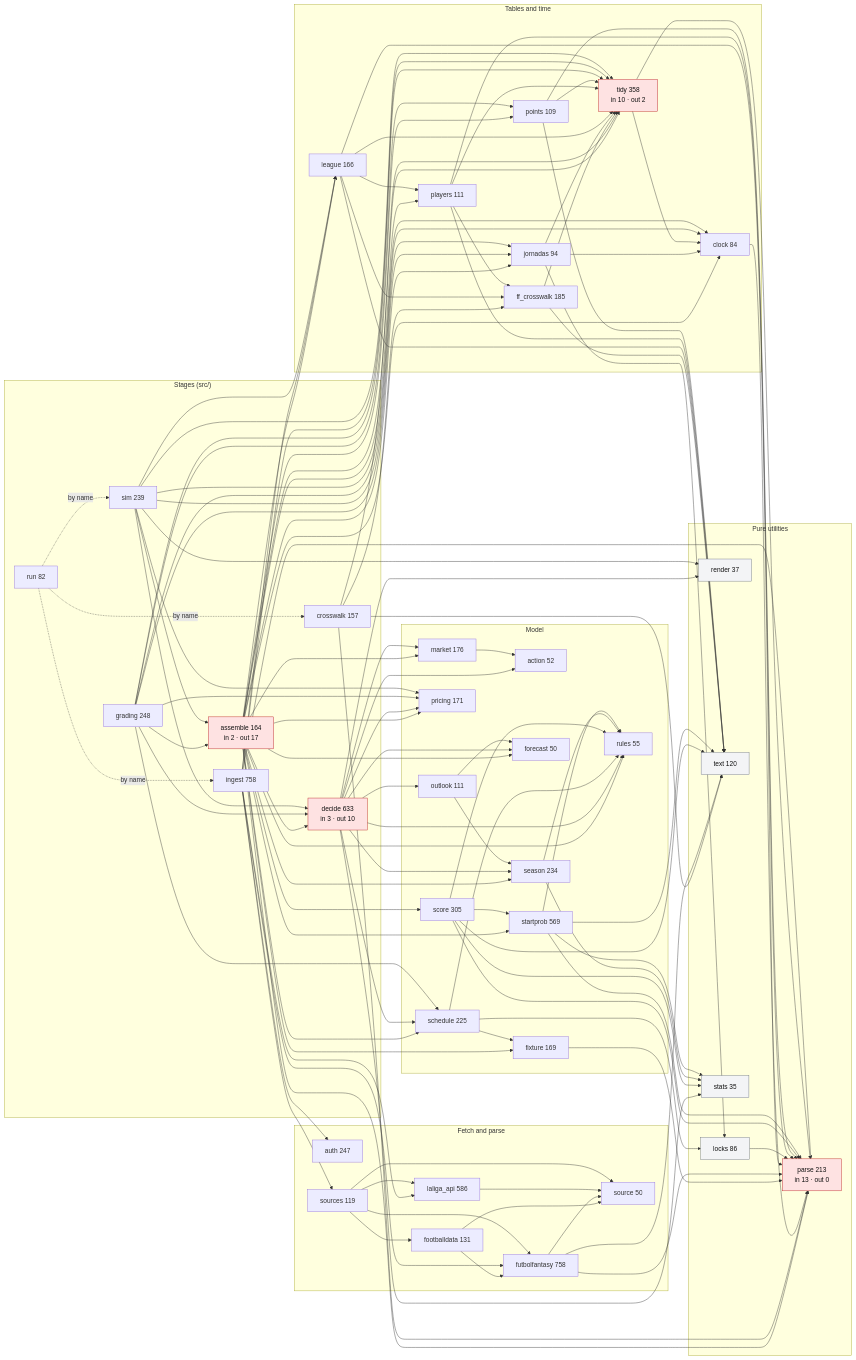
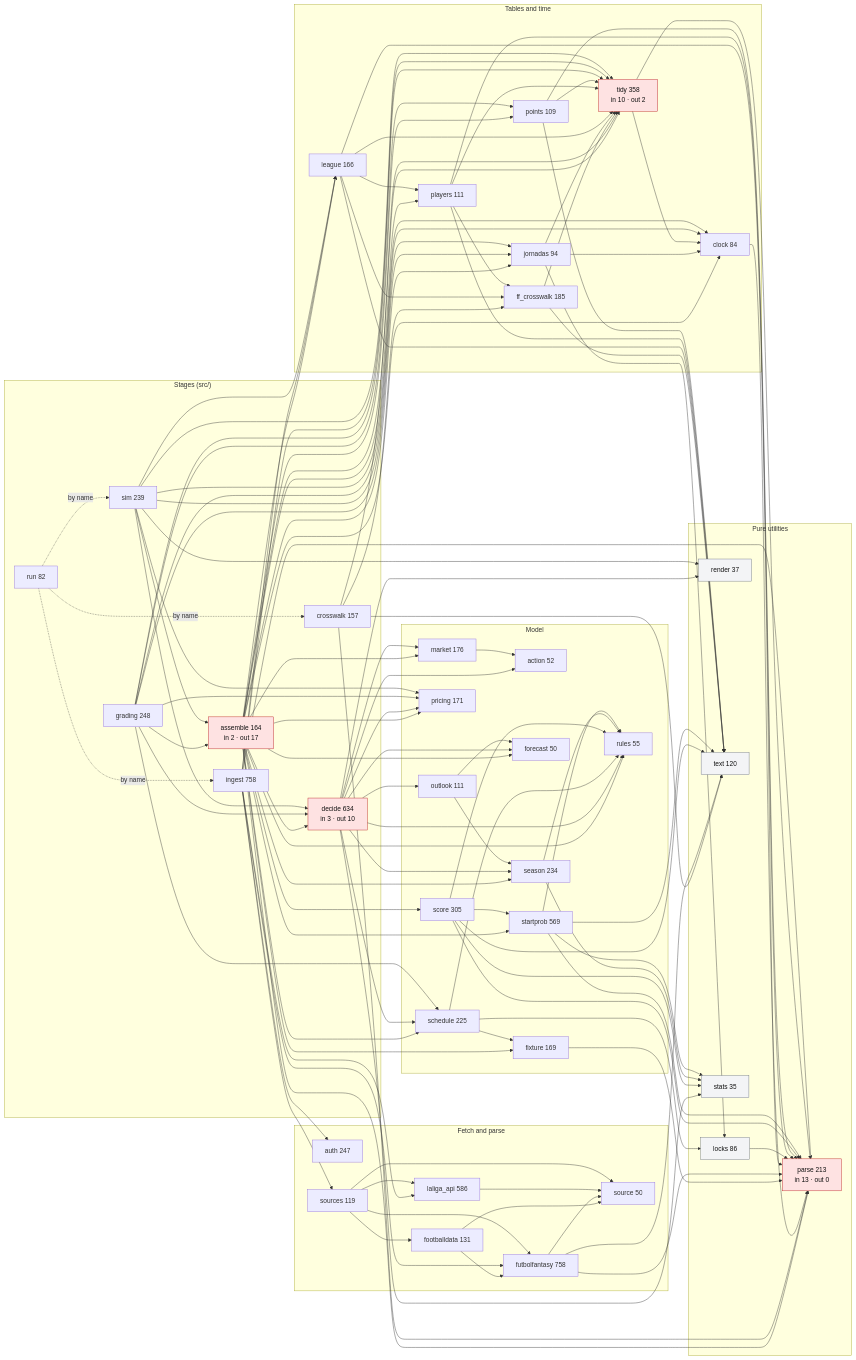
Before and after one commit to OrsM/liga_five_guys: the diagram in docs/modules.mmd, drawn with Mermaid. The commit also changed 6 other files, not shown here.

```diff
--- a/docs/modules.mmd
+++ b/docs/modules.mmd
@@ -1,155 +1,155 @@
 flowchart LR
     classDef hub fill:#fee2e2,stroke:#b91c1c,color:#111
     classDef leaf fill:#f3f4f6,stroke:#6b7280,color:#111
     subgraph stages["Stages (src/)"]
         assemble["assemble 164<br/>in 2 · out 17"]:::hub
         crosswalk["crosswalk 157"]
-        decide["decide 633<br/>in 3 · out 10"]:::hub
+        decide["decide 634<br/>in 3 · out 10"]:::hub
         grading["grading 248"]
         ingest["ingest 758"]
         run["run 82"]
         sim["sim 239"]
     end
     subgraph fetch["Fetch and parse"]
         auth["auth 247"]
         footballdata["footballdata 131"]
         futbolfantasy["futbolfantasy 758"]
         laliga_api["laliga_api 586"]
         source["source 50"]
         sources["sources 119"]
     end
     subgraph data["Tables and time"]
         clock["clock 84"]
         ff_crosswalk["ff_crosswalk 185"]
         jornadas["jornadas 94"]
         league["league 166"]
         players["players 111"]
         points["points 109"]
         tidy["tidy 358<br/>in 10 · out 2"]:::hub
     end
     subgraph model["Model"]
         action["action 52"]
         fixture["fixture 169"]
         forecast["forecast 50"]
         market["market 176"]
         outlook["outlook 111"]
         pricing["pricing 171"]
         rules["rules 55"]
         schedule["schedule 225"]
         score["score 305"]
         season["season 234"]
         startprob["startprob 569"]
     end
     subgraph util["Pure utilities"]
         locks["locks 86"]:::leaf
         parse["parse 213<br/>in 13 · out 0"]:::hub
         render["render 37"]:::leaf
         text["text 120"]:::leaf
         stats["stats 35"]:::leaf
     end
     run -. "by name" .-> ingest
     run -. "by name" .-> crosswalk
     run -. "by name" .-> sim
     assemble --> decide
     assemble --> clock
     assemble --> fixture
     assemble --> forecast
     assemble --> jornadas
     assemble --> league
     assemble --> market
     assemble --> parse
     assemble --> players
     assemble --> points
     assemble --> pricing
     assemble --> rules
     assemble --> schedule
     assemble --> score
     assemble --> season
     assemble --> startprob
     assemble --> tidy
     crosswalk --> ff_crosswalk
     crosswalk --> parse
     crosswalk --> text
     crosswalk --> tidy
     decide --> action
     decide --> forecast
     decide --> market
     decide --> outlook
     decide --> pricing
     decide --> render
     decide --> rules
     decide --> schedule
     decide --> season
     decide --> stats
     clock --> parse
     ff_crosswalk --> text
     ff_crosswalk --> tidy
     fixture --> parse
     footballdata --> futbolfantasy
     footballdata --> source
     futbolfantasy --> parse
     futbolfantasy --> source
     futbolfantasy --> text
     jornadas --> clock
     jornadas --> locks
     jornadas --> tidy
     laliga_api --> source
     league --> ff_crosswalk
     league --> parse
     league --> players
     league --> text
     league --> tidy
     locks --> parse
     market --> action
     outlook --> forecast
     outlook --> season
     players --> ff_crosswalk
     players --> parse
     players --> text
     players --> tidy
     points --> parse
     points --> text
     points --> tidy
     schedule --> fixture
     schedule --> locks
     schedule --> rules
     score --> parse
     score --> rules
     score --> startprob
     score --> text
     score --> stats
     season --> rules
     season --> stats
     startprob --> parse
     startprob --> rules
     startprob --> text
     startprob --> stats
     tidy --> clock
     tidy --> parse
     grading --> assemble
     grading --> decide
     grading --> clock
     grading --> jornadas
     grading --> points
     grading --> pricing
     grading --> schedule
     grading --> tidy
     ingest --> auth
     ingest --> futbolfantasy
     ingest --> laliga_api
     ingest --> league
     ingest --> parse
     ingest --> tidy
     ingest --> sources
     sim --> assemble
     sim --> decide
     sim --> clock
     sim --> jornadas
     sim --> league
     sim --> pricing
     sim --> render
     sim --> tidy
     sources --> footballdata
     sources --> futbolfantasy
     sources --> laliga_api
     sources --> source
```
